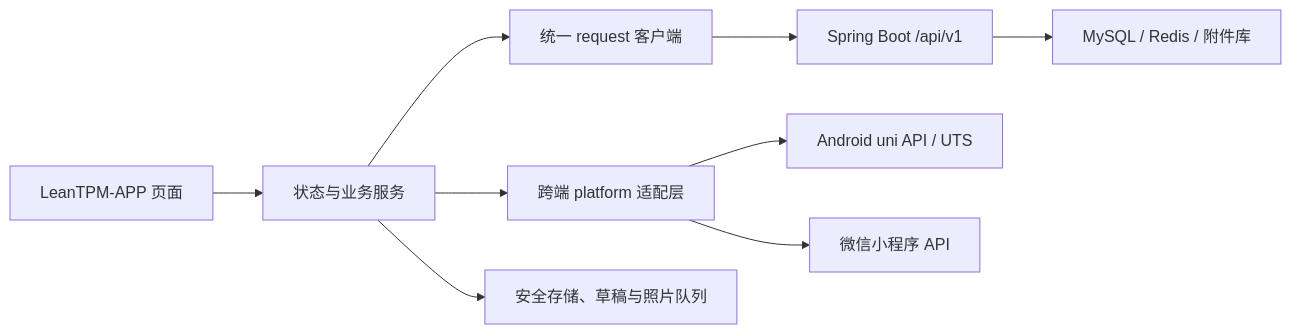
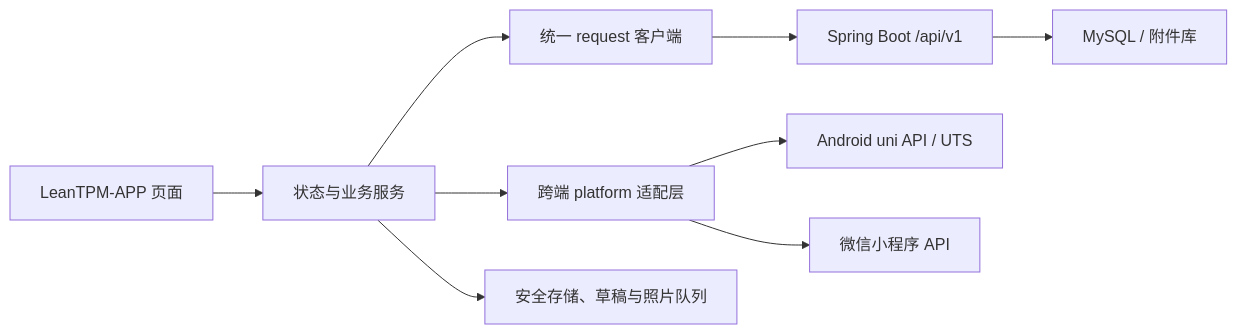
One commit to Azi9527/LeanTPM changed the diagram in docs/20-LeanTPM-APP-uni-app迁移开发方案.md. Above: the diagram before and after it, drawn with Mermaid. The commit also changed other lines of this file and 333 other files, not shown here.

````diff
--- a/docs/20-LeanTPM-APP-uni-app迁移开发方案.md
+++ b/docs/20-LeanTPM-APP-uni-app迁移开发方案.md
@@ -31,11 +31,11 @@
 ```mermaid
 flowchart LR
     U["LeanTPM-APP 页面"] --> S["状态与业务服务"]
     S --> R["统一 request 客户端"]
     S --> P["跨端 platform 适配层"]
     R --> B["Spring Boot /api/v1"]
     P --> A["Android uni API / UTS"]
     P --> W["微信小程序 API"]
     S --> L["安全存储、草稿与照片队列"]
-    B --> D["MySQL / Redis / 附件库"]
+    B --> D["MySQL / 附件库"]
 ```
````
